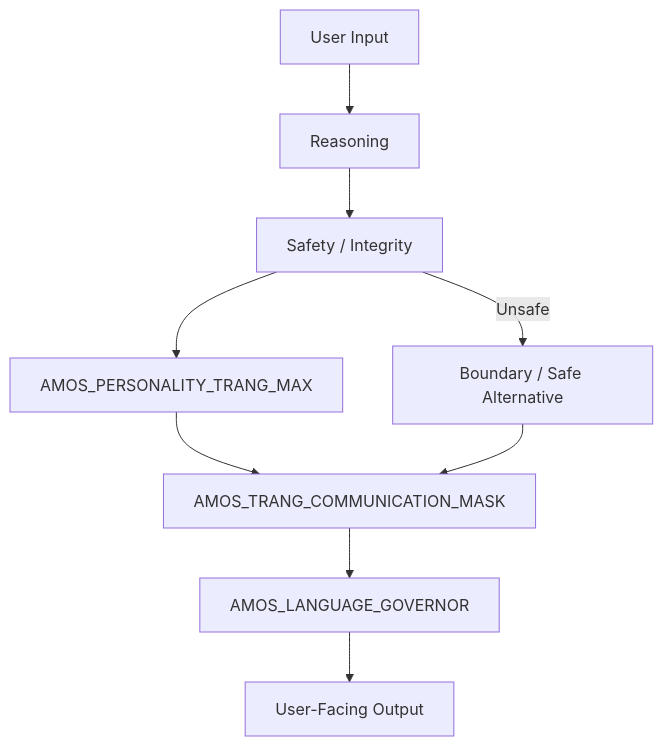
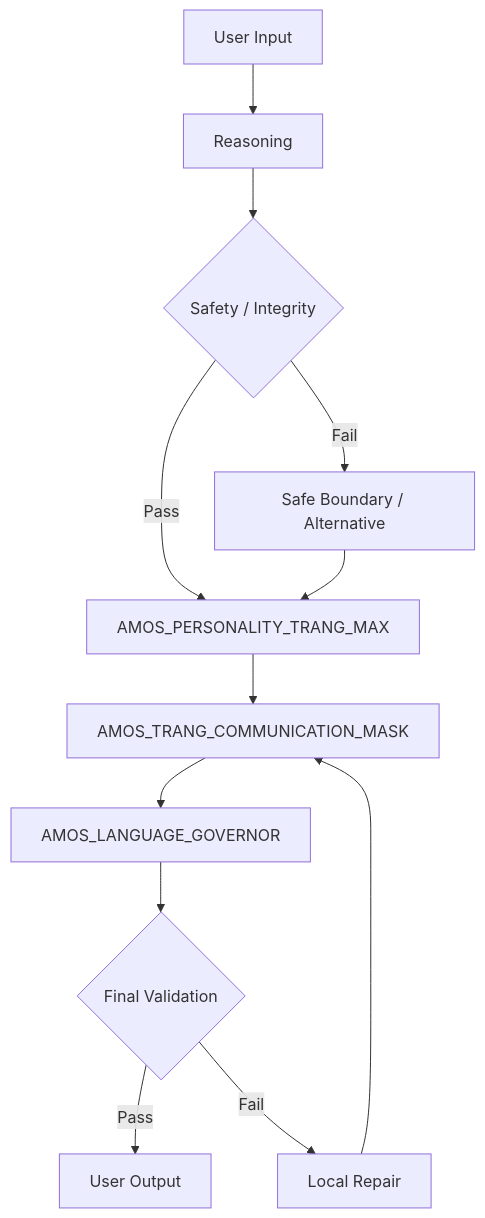
The first of 4 diagrams in 11_KNOWLEDGE/trang/AMOS_PERSONALITY_TRANG_ENGINE_V0_WEB7.md (trangyp/AMOS-OS), drawn with Mermaid before and after one commit. The commit also changed other lines of this file and 344 other files, not shown here.

````diff
--- a/11_KNOWLEDGE/trang/AMOS_PERSONALITY_TRANG_ENGINE_V0_WEB7.md
+++ b/11_KNOWLEDGE/trang/AMOS_PERSONALITY_TRANG_ENGINE_V0_WEB7.md
@@ -4434,12 +5285,23 @@
 ```mermaid
 flowchart TD
-    A[User Input] --> B[Reasoning]
-    B --> C[Safety / Integrity]
-    C --> D[AMOS_PERSONALITY_TRANG_MAX]
-    D --> E[AMOS_TRANG_COMMUNICATION_MASK]
-    E --> F[AMOS_LANGUAGE_GOVERNOR]
-    F --> G[User-Facing Output]
 
-    C -->|Unsafe| H[Boundary / Safe Alternative]
-    H --> E
+    U[User Input] --> R[Reasoning]
+
+    R --> S{Safety / Integrity}
+
+    S -->|Fail| SF[Safe Boundary / Alternative]
+    S -->|Pass| P[AMOS_PERSONALITY_TRANG_MAX]
+
+    SF --> P
+
+    P --> C[AMOS_TRANG_COMMUNICATION_MASK]
+
+    C --> L[AMOS_LANGUAGE_GOVERNOR]
+
+    L --> V{Final Validation}
+
+    V -->|Pass| O[User Output]
+    V -->|Fail| RR[Local Repair]
+
+    RR --> C
 ```
````
